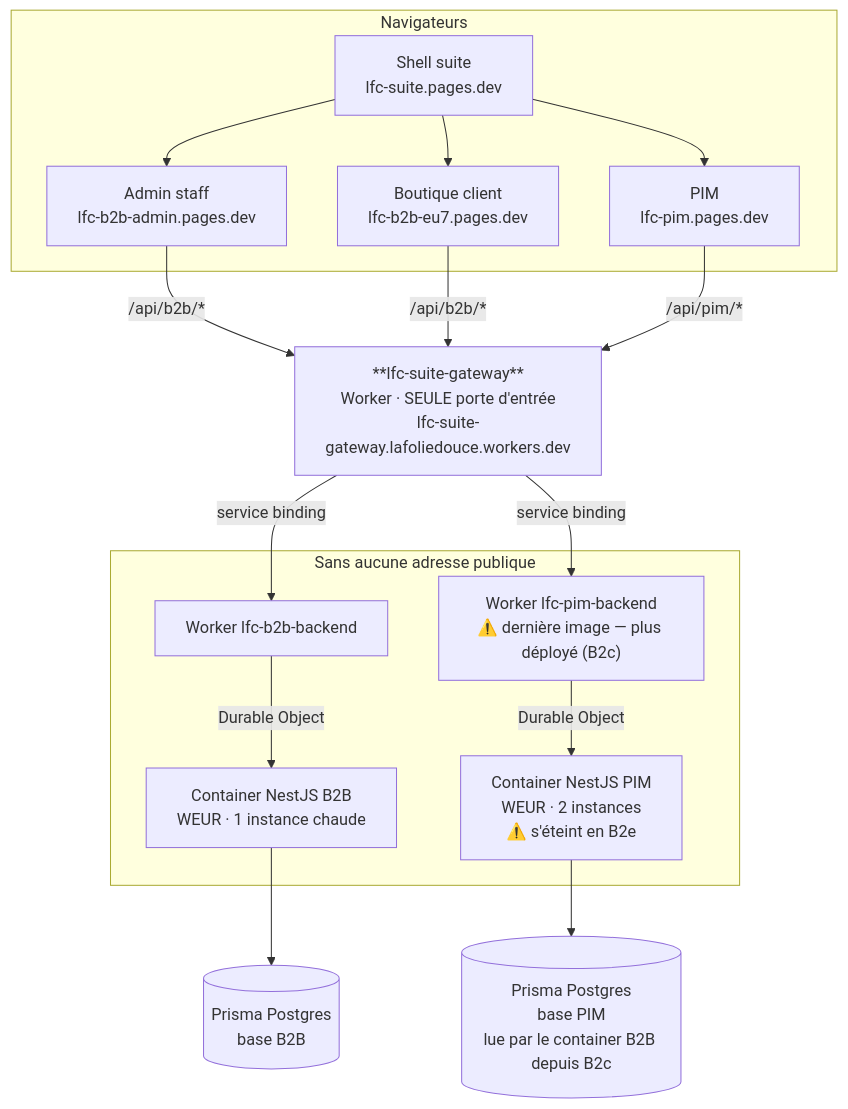
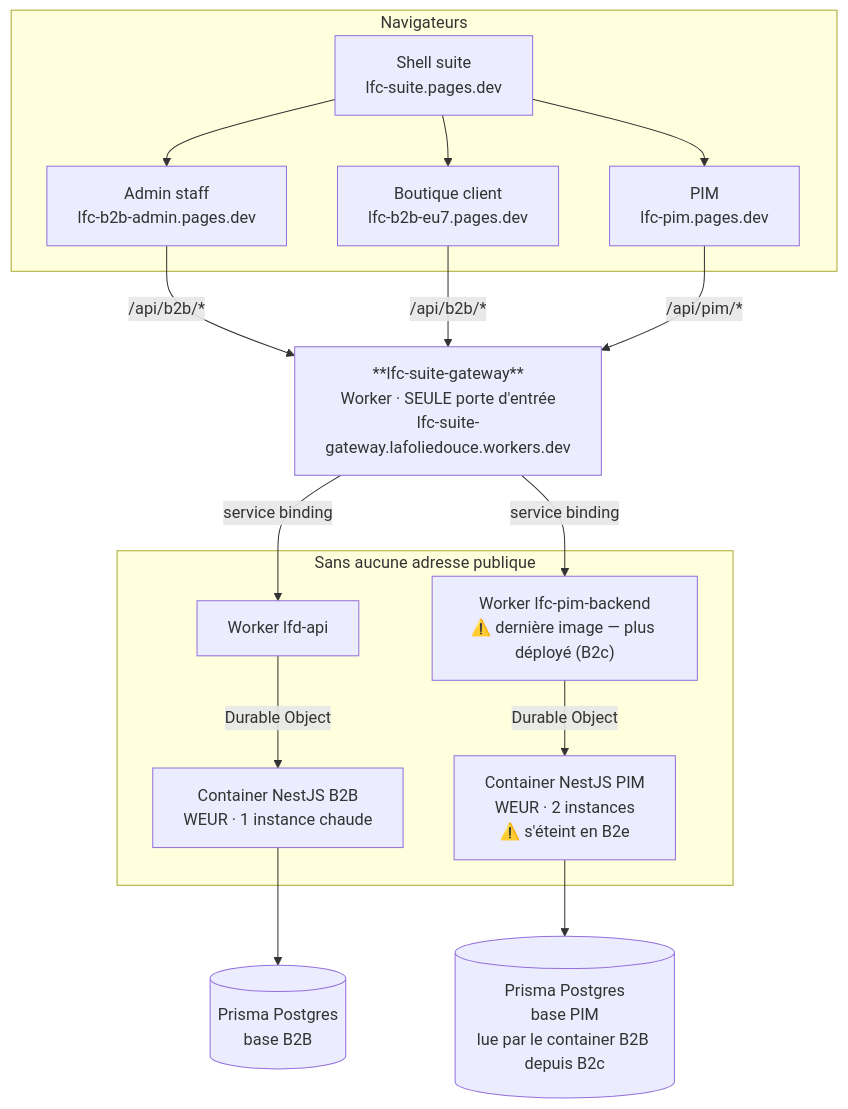
One commit to hugoheynard/lfd changed the first of 3 diagrams in documentation/ops/architecture-deploiement.md. Above: the diagram before and after it, drawn with Mermaid. The commit also changed other lines of this file and 7 other files, not shown here.

First line of the commit message:
chore(api): le Worker prend le nom du paquet — lfd-api

````diff
--- a/documentation/ops/architecture-deploiement.md
+++ b/documentation/ops/architecture-deploiement.md
@@ -11,33 +11,33 @@
 ```mermaid
 flowchart TB
     subgraph nav["Navigateurs"]
         A["Admin staff<br/>lfc-b2b-admin.pages.dev"]
         B["Boutique client<br/>lfc-b2b-eu7.pages.dev"]
         P["PIM<br/>lfc-pim.pages.dev"]
         S["Shell suite<br/>lfc-suite.pages.dev"]
     end
 
     GW["**lfc-suite-gateway**<br/>Worker · SEULE porte d'entrée<br/>lfc-suite-gateway.lafoliedouce.workers.dev"]
 
     subgraph prive["Sans aucune adresse publique"]
-        WB["Worker lfc-b2b-backend"]
+        WB["Worker lfd-api"]
         WP["Worker lfc-pim-backend<br/>⚠️ dernière image — plus déployé (B2c)"]
         CB["Container NestJS B2B<br/>WEUR · 1 instance chaude"]
         CP["Container NestJS PIM<br/>WEUR · 2 instances<br/>⚠️ s'éteint en B2e"]
     end
 
     DBB[("Prisma Postgres<br/>base B2B")]
     DBP[("Prisma Postgres<br/>base PIM<br/>lue par le container B2B depuis B2c")]
 
     A -->|"/api/b2b/*"| GW
     B -->|"/api/b2b/*"| GW
     P -->|"/api/pim/*"| GW
     S --> A & B & P
 
     GW -->|service binding| WB
     GW -->|service binding| WP
     WB -->|Durable Object| CB
     WP -->|Durable Object| CP
     CB --> DBB
     CP --> DBP
 ```
````
